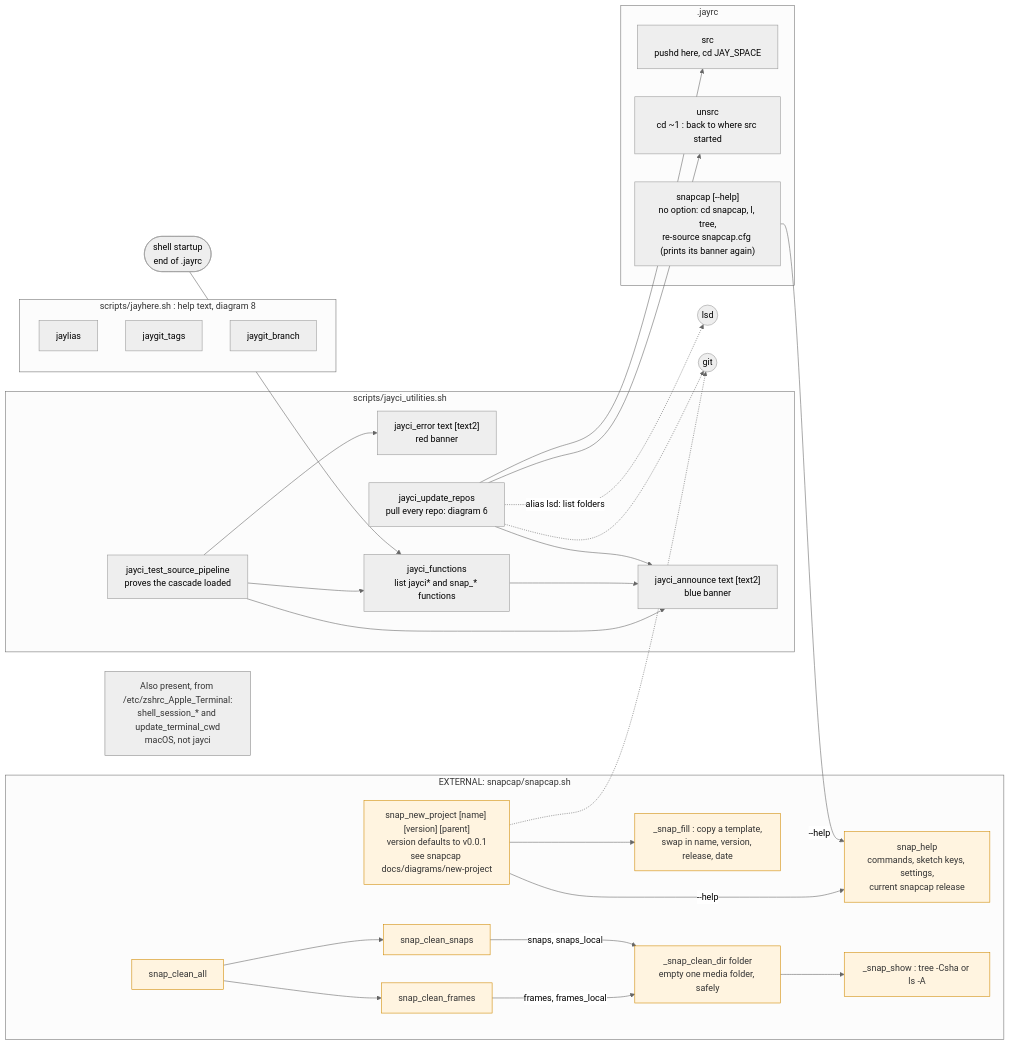
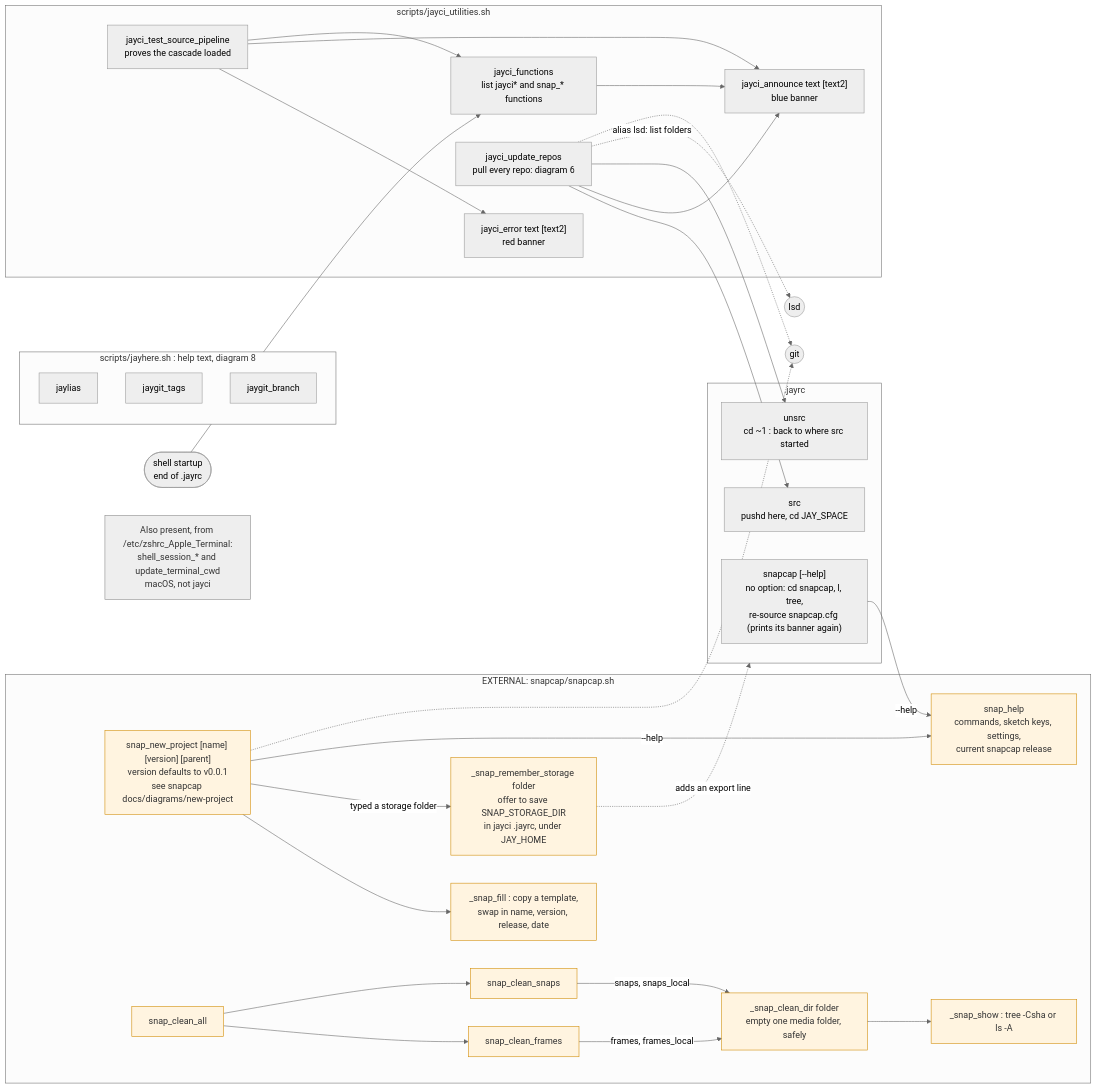
The diagram in docs/diagrams/5-functions.mmd (jaycody/jayci), drawn with Mermaid (neutral theme) before and after one commit. The commit also changed 9 other files, not shown here.

First line of the commit message:
Diagrams: _snap_remember_storage, gh on PATH, current branch examples

```diff
--- a/docs/diagrams/5-functions.mmd
+++ b/docs/diagrams/5-functions.mmd
@@ -1,60 +1,63 @@
 %% 5. Every shell function, the file that defines it, and what it calls.
 flowchart LR
     subgraph JAYRC [".jayrc"]
         src["src<br/>pushd here, cd JAY_SPACE"]
         unsrc["unsrc<br/>cd ~1 : back to where src started"]
         sc["snapcap [--help]<br/>no option: cd snapcap, l, tree,<br/>re-source snapcap.cfg (prints its banner again)"]
     end
 
     subgraph UTIL ["scripts/jayci_utilities.sh"]
         ann["jayci_announce text [text2]<br/>blue banner"]
         err["jayci_error text [text2]<br/>red banner"]
         fns["jayci_functions<br/>list jayci* and snap_* functions"]
         test["jayci_test_source_pipeline<br/>proves the cascade loaded"]
         upd["jayci_update_repos<br/>pull every repo: diagram 6"]
     end
 
     subgraph HERE ["scripts/jayhere.sh : help text, diagram 8"]
         jl["jaylias"]
         jt["jaygit_tags"]
         jb["jaygit_branch"]
     end
 
     subgraph SNAP ["EXTERNAL: snapcap/snapcap.sh"]
         np["snap_new_project [name] [version] [parent]<br/>version defaults to v0.0.1<br/>see snapcap docs/diagrams/new-project"]
         hp["snap_help<br/>commands, sketch keys, settings,<br/>current snapcap release"]
         fill["_snap_fill : copy a template,<br/>swap in name, version, release, date"]
+        rem["_snap_remember_storage folder<br/>offer to save SNAP_STORAGE_DIR<br/>in jayci .jayrc, under JAY_HOME"]
         ca["snap_clean_all"]
         cf["snap_clean_frames"]
         cs["snap_clean_snaps"]
         cd1["_snap_clean_dir folder<br/>empty one media folder, safely"]
         show["_snap_show : tree -Csha or ls -A"]
     end
 
     test --> err
     test --> ann
     test --> fns
     fns --> ann
     upd --> src
     upd --> ann
     upd --> unsrc
     upd -.->|"alias lsd: list folders"| LSD(("lsd"))
     upd -.-> GIT(("git"))
 
     np --> fill
+    np -->|"typed a storage folder"| rem
+    rem -.->|"adds an export line"| JAYRC
     np -->|"--help"| hp
     sc -->|"--help"| hp
     np -.-> GIT
     ca --> cf
     ca --> cs
     cf -->|"frames, frames_local"| cd1
     cs -->|"snaps, snaps_local"| cd1
     cd1 --> show
 
     STARTUP(["shell startup<br/>end of .jayrc"]) --> fns
     MAC["Also present, from /etc/zshrc_Apple_Terminal:<br/>shell_session_* and update_terminal_cwd<br/>macOS, not jayci"]
 
     classDef ext fill:#fff4e0,stroke:#d08a00,color:#333
     classDef sys fill:#eeeeee,stroke:#888,color:#333
-    class np,fill,ca,cf,cs,cd1,show,hp ext
+    class np,fill,rem,ca,cf,cs,cd1,show,hp ext
     class MAC sys
```
